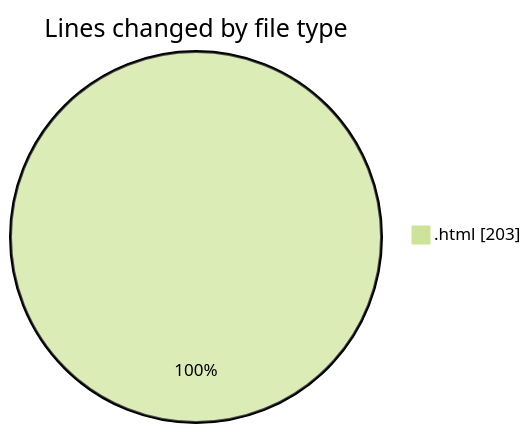
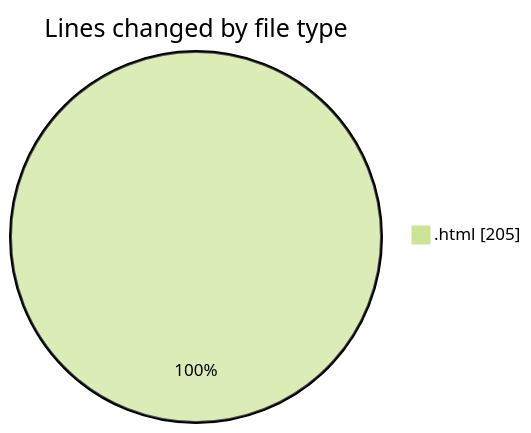
The first of 2 diagrams in 2025-01-07/nueva_carpeta/README.md (LanceThiago/code-tracking), drawn with Mermaid (forest theme) before and after one commit. The commit also changed other lines of this file and 1 other file, not shown here.

````diff
--- a/2025-01-07/nueva_carpeta/README.md
+++ b/2025-01-07/nueva_carpeta/README.md
@@ -20,5 +20,5 @@
 ```mermaid
 pie showData
 title Lines changed by file type
-".html" : 203
+".html" : 205
 ```
````
